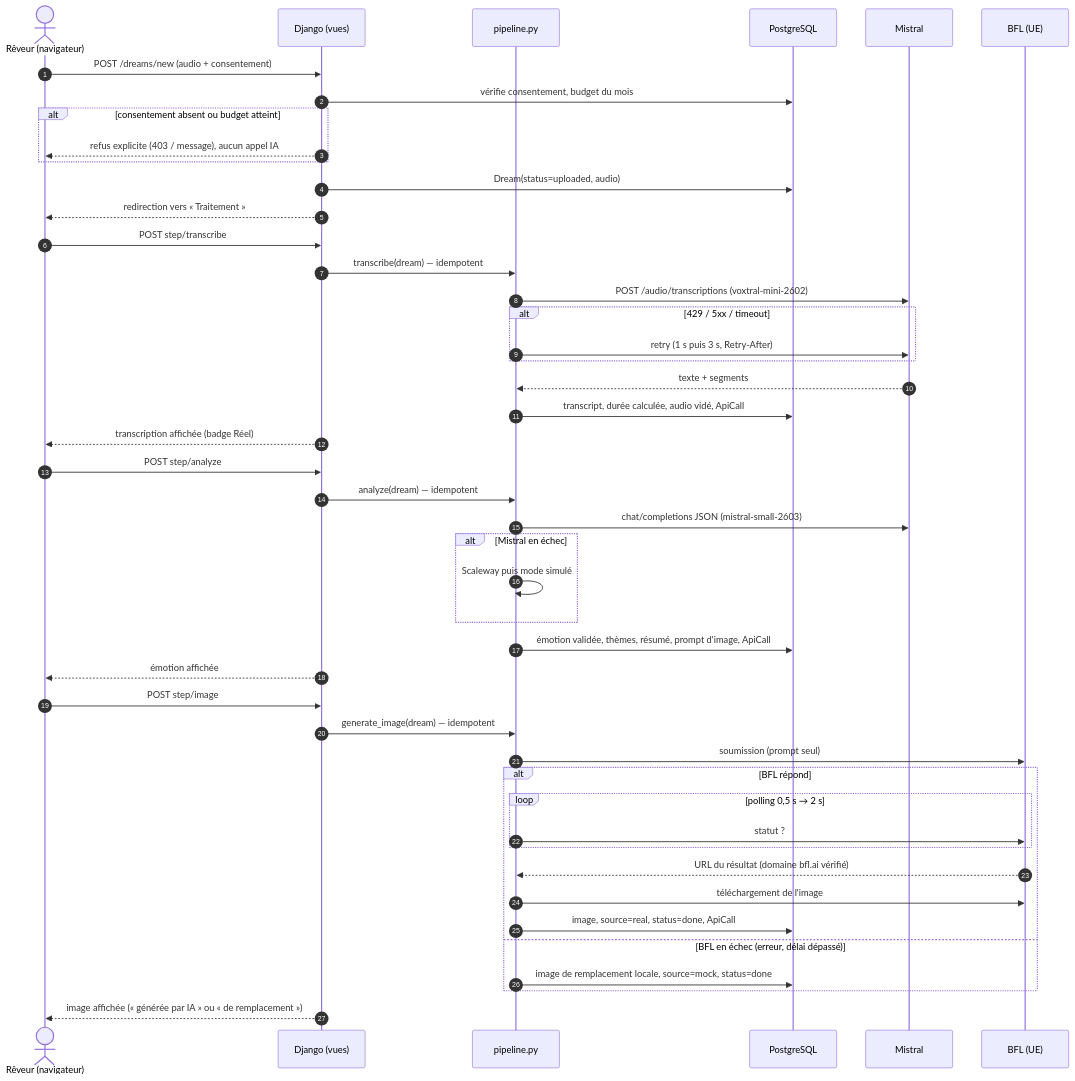
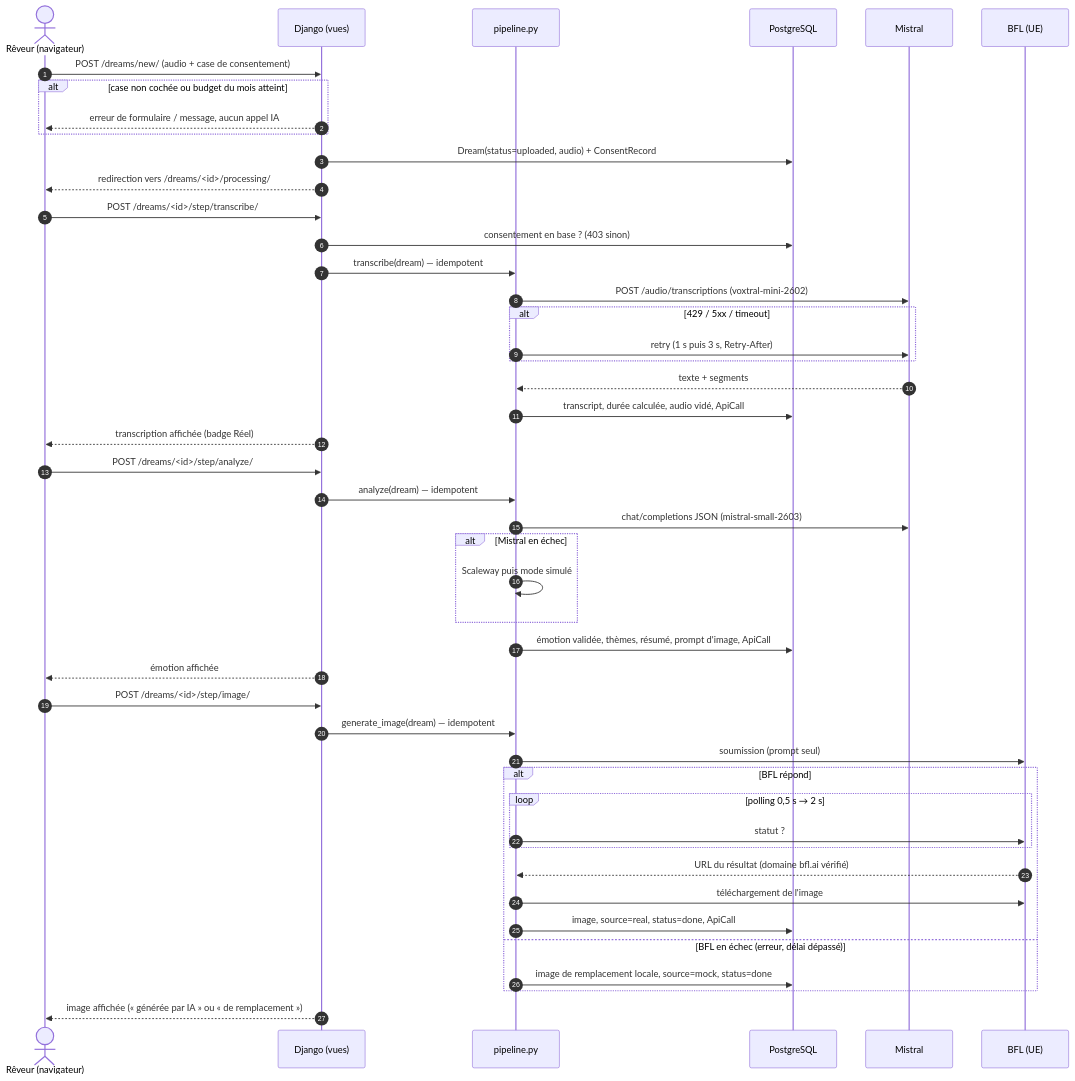
Before and after one commit to amesall10/synthetiseur-de-reves: the diagram in docs/diagrams/sequence.mmd, drawn with Mermaid. The commit also changed 2 other files, not shown here.

Commit message:
docs: diagrammes c4_container, erd et sequence alignés sur le code
Versions corrigées fournies : purge sans tâche planifiée, UsageCarryover,
analyze_source, champs nullables, consentement vérifié à chaque étape.

```diff
--- a/docs/diagrams/sequence.mmd
+++ b/docs/diagrams/sequence.mmd
@@ -1,46 +1,46 @@
 sequenceDiagram
   autonumber
   actor U as Rêveur (navigateur)
   participant V as Django (vues)
   participant P as pipeline.py
   participant DB as PostgreSQL
   participant M as Mistral
   participant B as BFL (UE)
-  U->>V: POST /dreams/new (audio + consentement)
-  V->>DB: vérifie consentement, budget du mois
-  alt consentement absent ou budget atteint
-    V-->>U: refus explicite (403 / message), aucun appel IA
+  U->>V: POST /dreams/new/ (audio + case de consentement)
+  alt case non cochée ou budget du mois atteint
+    V-->>U: erreur de formulaire / message, aucun appel IA
   end
-  V->>DB: Dream(status=uploaded, audio)
-  V-->>U: redirection vers « Traitement »
-  U->>V: POST step/transcribe
+  V->>DB: Dream(status=uploaded, audio) + ConsentRecord
+  V-->>U: redirection vers /dreams/<id>/processing/
+  U->>V: POST /dreams/<id>/step/transcribe/
+  V->>DB: consentement en base ? (403 sinon)
   V->>P: transcribe(dream) — idempotent
   P->>M: POST /audio/transcriptions (voxtral-mini-2602)
   alt 429 / 5xx / timeout
     P->>M: retry (1 s puis 3 s, Retry-After)
   end
   M-->>P: texte + segments
   P->>DB: transcript, durée calculée, audio vidé, ApiCall
   V-->>U: transcription affichée (badge Réel)
-  U->>V: POST step/analyze
+  U->>V: POST /dreams/<id>/step/analyze/
   V->>P: analyze(dream) — idempotent
   P->>M: chat/completions JSON (mistral-small-2603)
   alt Mistral en échec
     P->>P: Scaleway puis mode simulé
   end
   P->>DB: émotion validée, thèmes, résumé, prompt d'image, ApiCall
   V-->>U: émotion affichée
-  U->>V: POST step/image
+  U->>V: POST /dreams/<id>/step/image/
   V->>P: generate_image(dream) — idempotent
   P->>B: soumission (prompt seul)
   alt BFL répond
     loop polling 0,5 s → 2 s
       P->>B: statut ?
     end
     B-->>P: URL du résultat (domaine bfl.ai vérifié)
     P->>B: téléchargement de l'image
     P->>DB: image, source=real, status=done, ApiCall
   else BFL en échec (erreur, délai dépassé)
     P->>DB: image de remplacement locale, source=mock, status=done
   end
   V-->>U: image affichée (« générée par IA » ou « de remplacement »)
```
